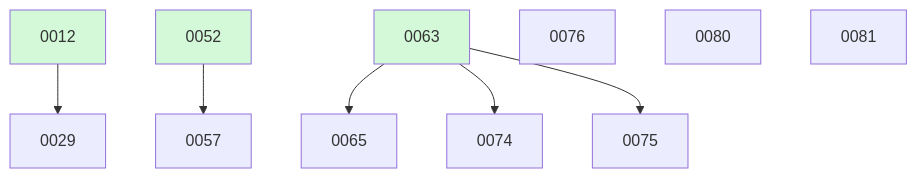
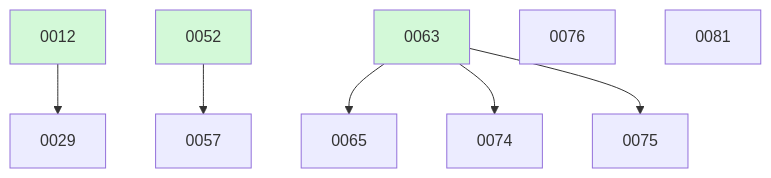
The diagram in docs/changes/BOARD.md (ethanhinson/fuse), drawn with Mermaid before and after one commit. The commit also changed other lines of this file, not shown here.

````diff
--- a/docs/changes/BOARD.md
+++ b/docs/changes/BOARD.md
@@ -28,15 +22,14 @@
 ```mermaid
 graph TD
   0012 --> 0029
   0052 --> 0057
   0063 --> 0065
   0063 --> 0074
   0063 --> 0075
   0076
-  0080
   0081
   0012:::done
   0052:::done
   0063:::done
   classDef done fill:#d3f9d8;
 ```
````
